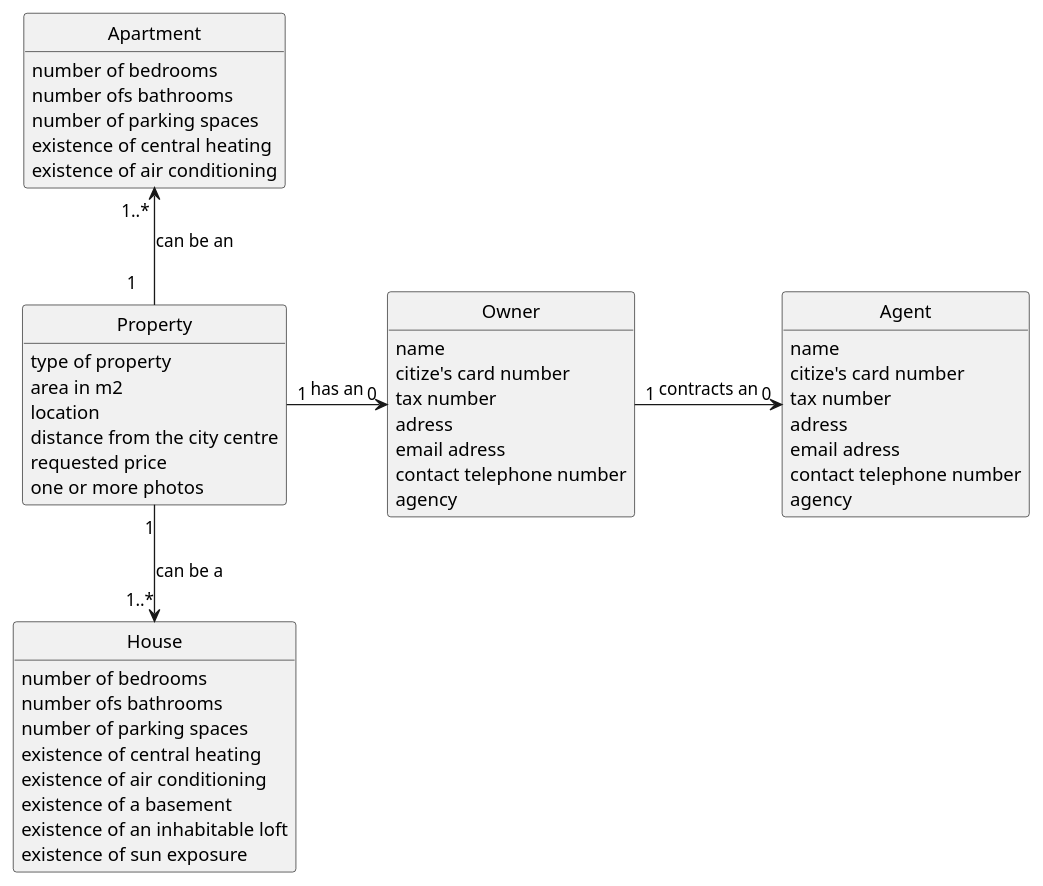
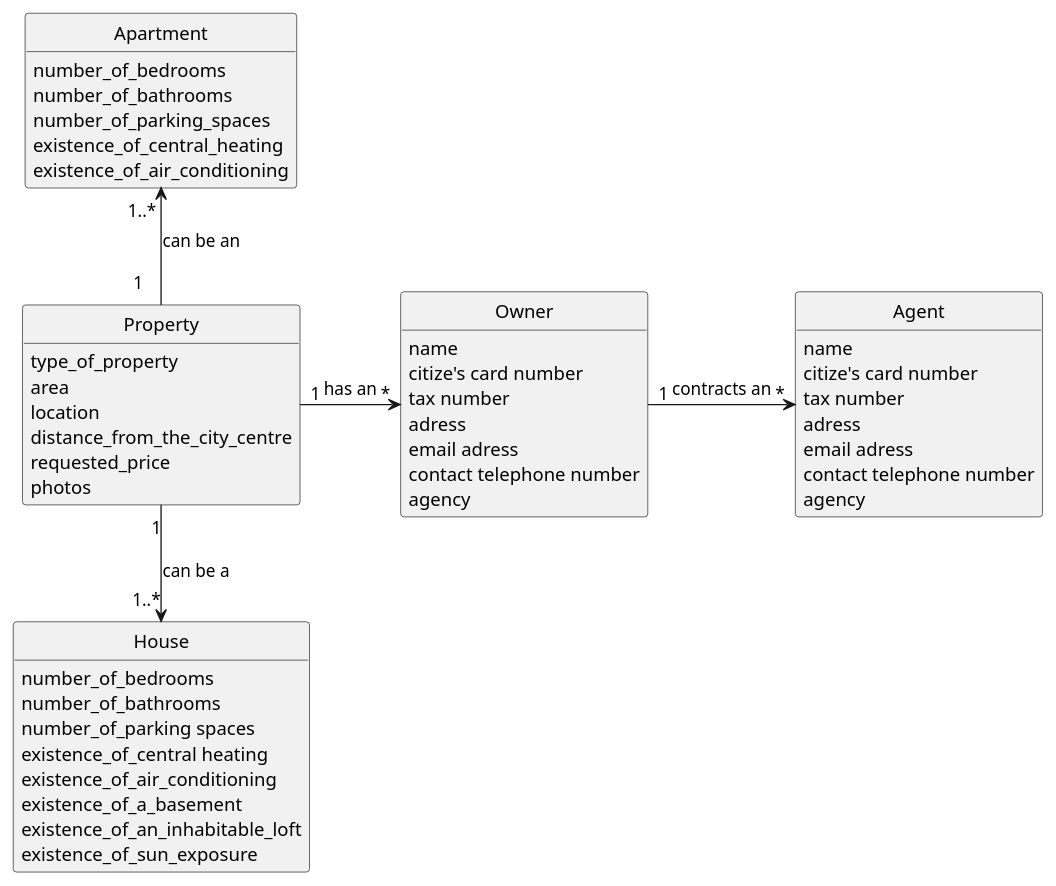
One commit to Rodrick0209/ISEP-LAPR2-22-23 changed the diagram in docs/sprintA/US004/02.analysis/puml/us004-domain-model.puml. Above: the diagram before and after it, drawn with PlantUML. The commit also changed 4 other files, not shown here.

```diff
--- a/docs/sprintA/US004/02.analysis/puml/us004-domain-model.puml
+++ b/docs/sprintA/US004/02.analysis/puml/us004-domain-model.puml
@@ -1,84 +1,84 @@
 @startuml
 skinparam monochrome true
 skinparam packageStyle rectangle
 skinparam shadowing false
 
 'left to right direction
 
 skinparam classAttributeIconSize 0
 
 hide circle
 hide methods
 
 
 'title Domain Model
 
 'class Platform {
 '  -description
 '}
 
 class Property  {
-    type of property
-    area in m2
+    type_of_property
+    area
     location
-    distance from the city centre
-    requested price
-    one or more photos
+    distance_from_the_city_centre
+    requested_price
+    photos
 }
 
 class Owner{
     name
     citize's card number
     tax number
     adress
     email adress
     contact telephone number
     agency
 }
 
 class Apartment{
-    number of bedrooms
-    number ofs bathrooms
-    number of parking spaces
-    existence of central heating
-    existence of air conditioning
+    number_of_bedrooms
+    number_of_bathrooms
+    number_of_parking_spaces
+    existence_of_central_heating
+    existence_of_air_conditioning
 
 }
 class House{
-    number of bedrooms
-    number ofs bathrooms
-    number of parking spaces
-    existence of central heating
-    existence of air conditioning
-    existence of a basement
-    existence of an inhabitable loft
-    existence of sun exposure
+    number_of_bedrooms
+    number_of_bathrooms
+    number_of_parking spaces
+    existence_of_central heating
+    existence_of_air_conditioning
+    existence_of_a_basement
+    existence_of_an_inhabitable_loft
+    existence_of_sun_exposure
 }
 
 
 class Agent {
     name
     citize's card number
     tax number
     adress
     email adress
     contact telephone number
     agency
 }
 
 'class User {
 '    name
 '    email
 '    password
 '}
 
 'Platform  -- "*" Owner : has registered >
 'Platform -- "*" Category : defines >
 Property "1"-D-> "1..*" House :  can be a
 Property "1    "-U-> "1..* " Apartment :  can be an
-Property "1"->"0" Owner : has an
-Owner "1"-> "0" Agent : contracts an
+Property "1"->"*" Owner : has an
+Owner "1"-> "*" Agent : contracts an
 
 
 
 @enduml
```
